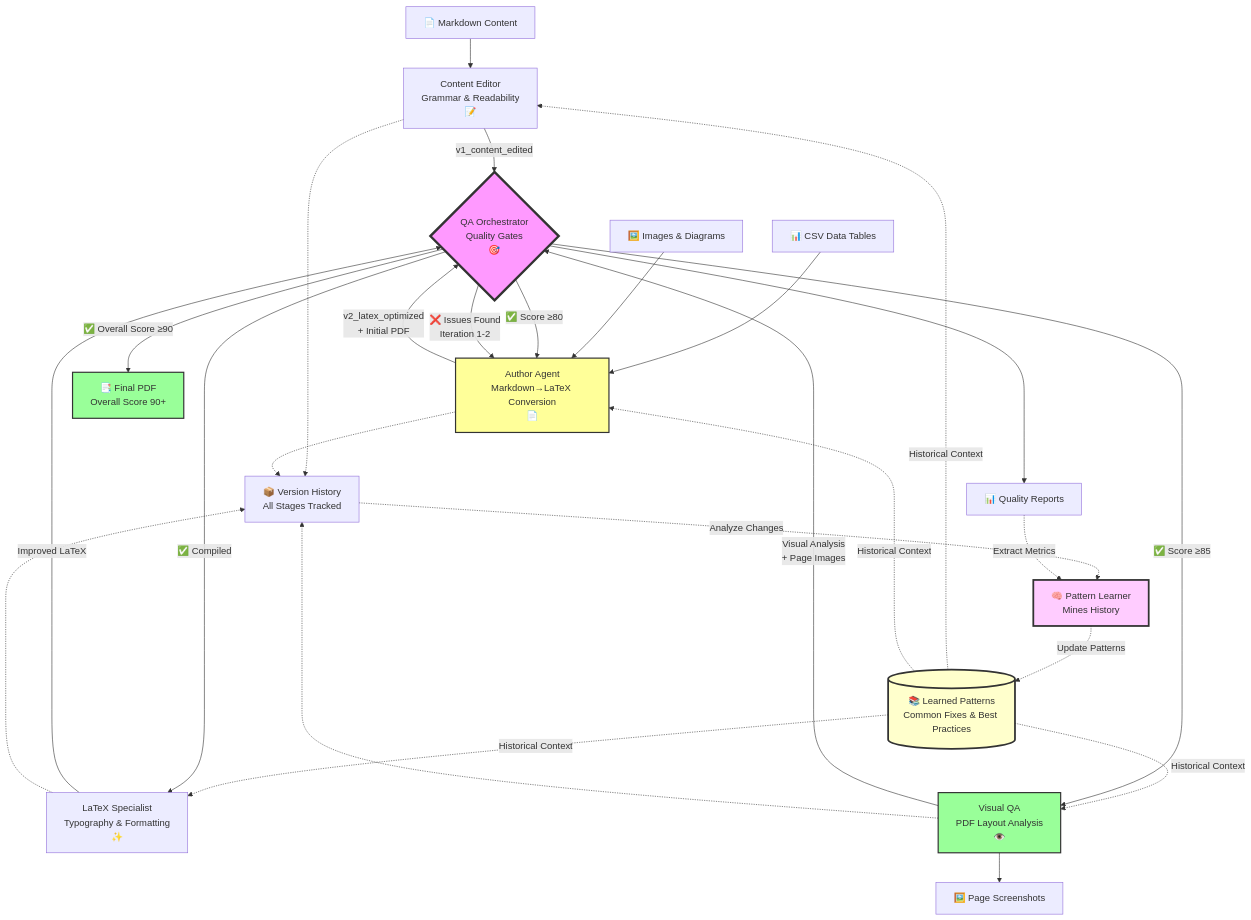
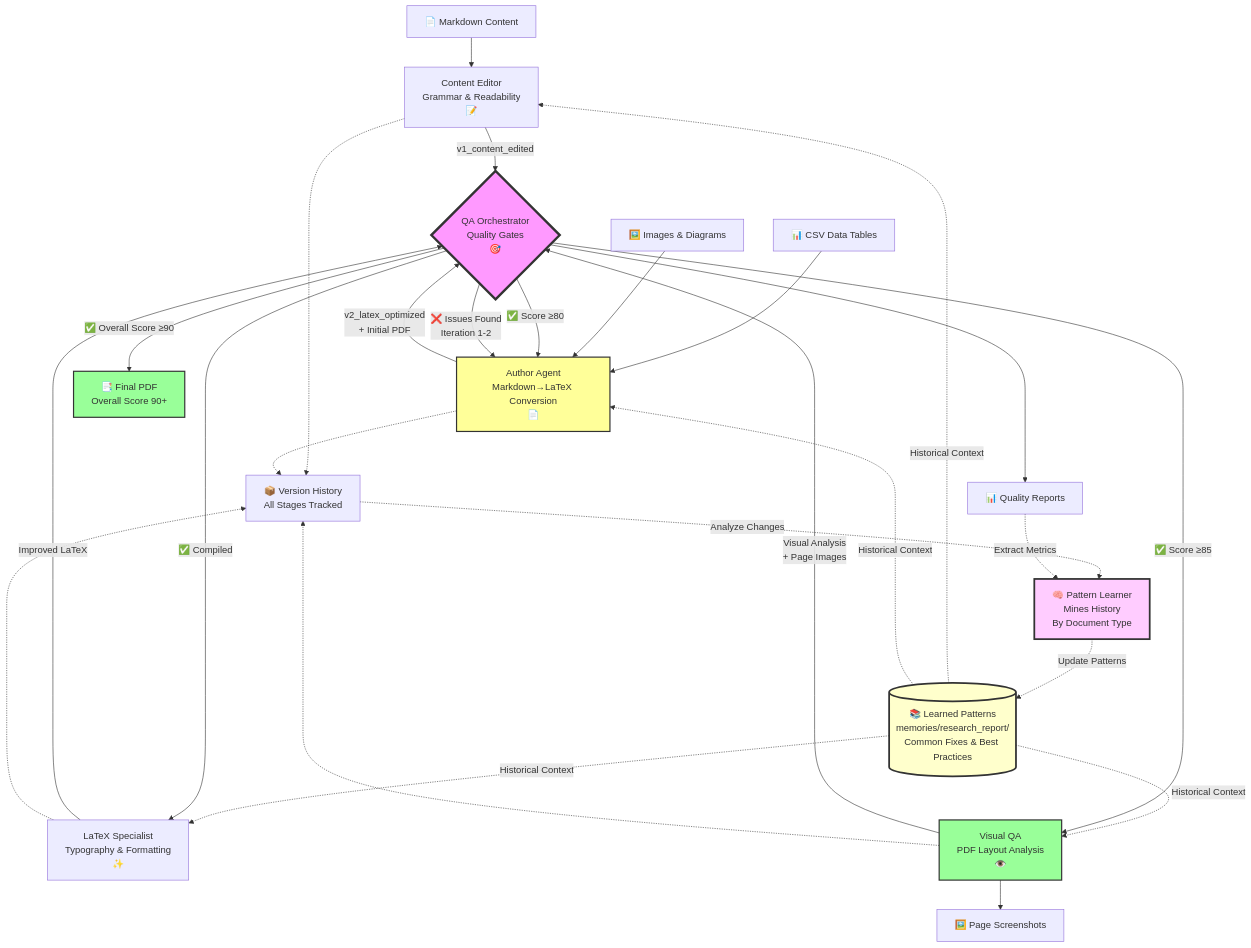
The diagram in README.md (kormco/deepagent-scribe), drawn with Mermaid before and after one commit. The commit also changed other lines of this file and 3 other files, not shown here.

First line of the commit message:
Organize pattern learning by document type

````diff
--- a/README.md
+++ b/README.md
@@ -40,74 +40,74 @@
 ```mermaid
 graph TB
     %% Inputs
     IN_MD[📄 Markdown Content]
     IN_CSV[📊 CSV Data Tables]
     IN_IMG[🖼️ Images & Diagrams]
 
     %% Orchestrator
     ORCH{QA Orchestrator<br/>Quality Gates<br/>🎯}
 
     %% Agent Pipeline
     A1[Content Editor<br/>Grammar & Readability<br/>📝]
     A2[Author Agent<br/>Markdown→LaTeX Conversion<br/>📄]
     A3[LaTeX Specialist<br/>Typography & Formatting<br/>✨]
     A4[Visual QA<br/>PDF Layout Analysis<br/>👁️]
 
     %% Pattern Learning System
-    LEARN[🧠 Pattern Learner<br/>Mines History]
-    PATTERNS[(📚 Learned Patterns<br/>Common Fixes & Best Practices)]
+    LEARN[🧠 Pattern Learner<br/>Mines History<br/>By Document Type]
+    PATTERNS[(📚 Learned Patterns<br/>memories/research_report/<br/>Common Fixes & Best Practices)]
 
     %% Outputs
     OUT_PDF[📑 Final PDF<br/>Overall Score 90+]
     OUT_VER[📦 Version History<br/>All Stages Tracked]
     OUT_IMG[🖼️ Page Screenshots]
     OUT_REP[📊 Quality Reports]
 
     %% Input flow
     IN_MD --> A1
     IN_CSV --> A2
     IN_IMG --> A2
 
     %% Pattern Learning Input (dotted - happens between runs)
     PATTERNS -.->|Historical Context| A1
     PATTERNS -.->|Historical Context| A2
     PATTERNS -.->|Historical Context| A3
     PATTERNS -.->|Historical Context| A4
 
     %% Stage 1: Content Review
     A1 -->|v1_content_edited| ORCH
     ORCH -->|✅ Score ≥80| A2
 
     %% Stage 2: LaTeX Generation
     A2 -->|v2_latex_optimized<br/>+ Initial PDF| ORCH
     ORCH -->|✅ Compiled| A3
 
     %% Stage 3: LaTeX Optimization
     A3 -->|Improved LaTeX| ORCH
     ORCH -->|✅ Score ≥85| A4
 
     %% Stage 4: Visual QA
     A4 -->|Visual Analysis<br/>+ Page Images| ORCH
     ORCH -->|❌ Issues Found<br/>Iteration 1-2| A2
     ORCH -->|✅ Overall Score ≥90| OUT_PDF
 
     %% Outputs
     A1 -.-> OUT_VER
     A2 -.-> OUT_VER
     A3 -.-> OUT_VER
     A4 -.-> OUT_VER
     A4 --> OUT_IMG
     ORCH --> OUT_REP
 
     %% Pattern Learning Loop (dotted - happens between runs)
     OUT_VER -.->|Analyze Changes| LEARN
     OUT_REP -.->|Extract Metrics| LEARN
     LEARN -.->|Update Patterns| PATTERNS
 
     style ORCH fill:#f9f,stroke:#333,stroke-width:4px
     style A2 fill:#ff9,stroke:#333,stroke-width:2px
     style A4 fill:#9f9,stroke:#333,stroke-width:2px
     style OUT_PDF fill:#9f9,stroke:#333,stroke-width:2px
     style LEARN fill:#fcf,stroke:#333,stroke-width:3px
     style PATTERNS fill:#ffc,stroke:#333,stroke-width:3px
 ```
````
